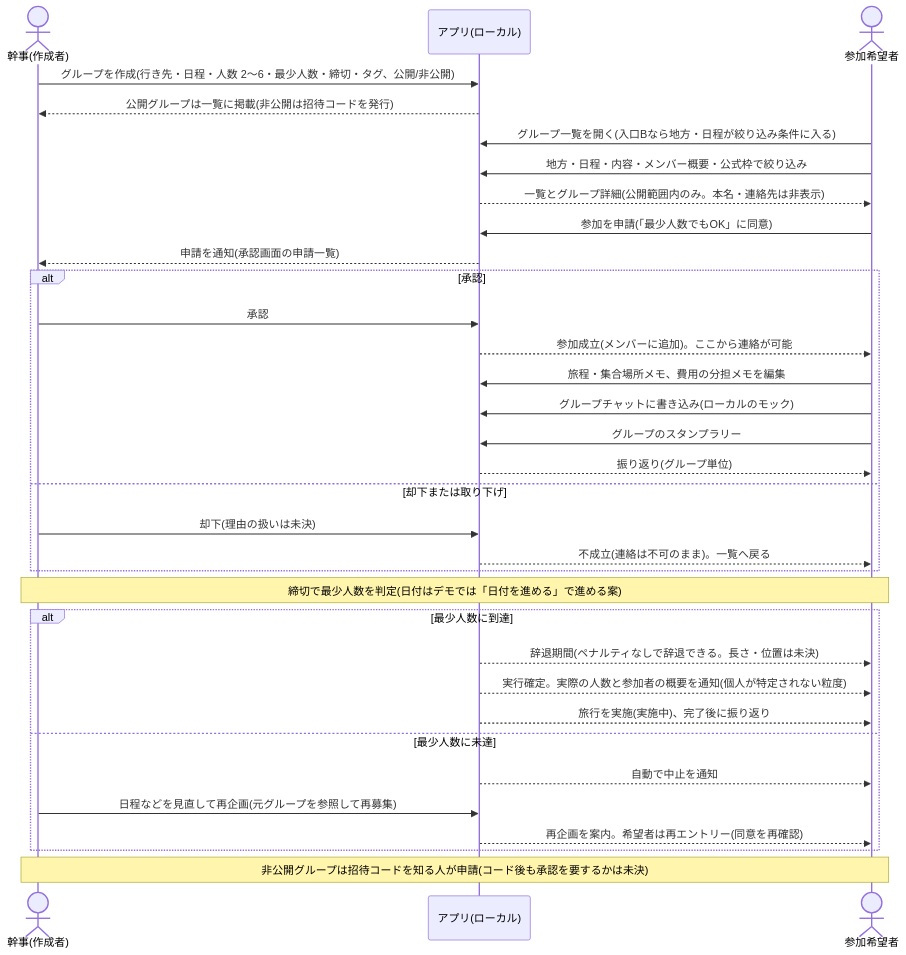
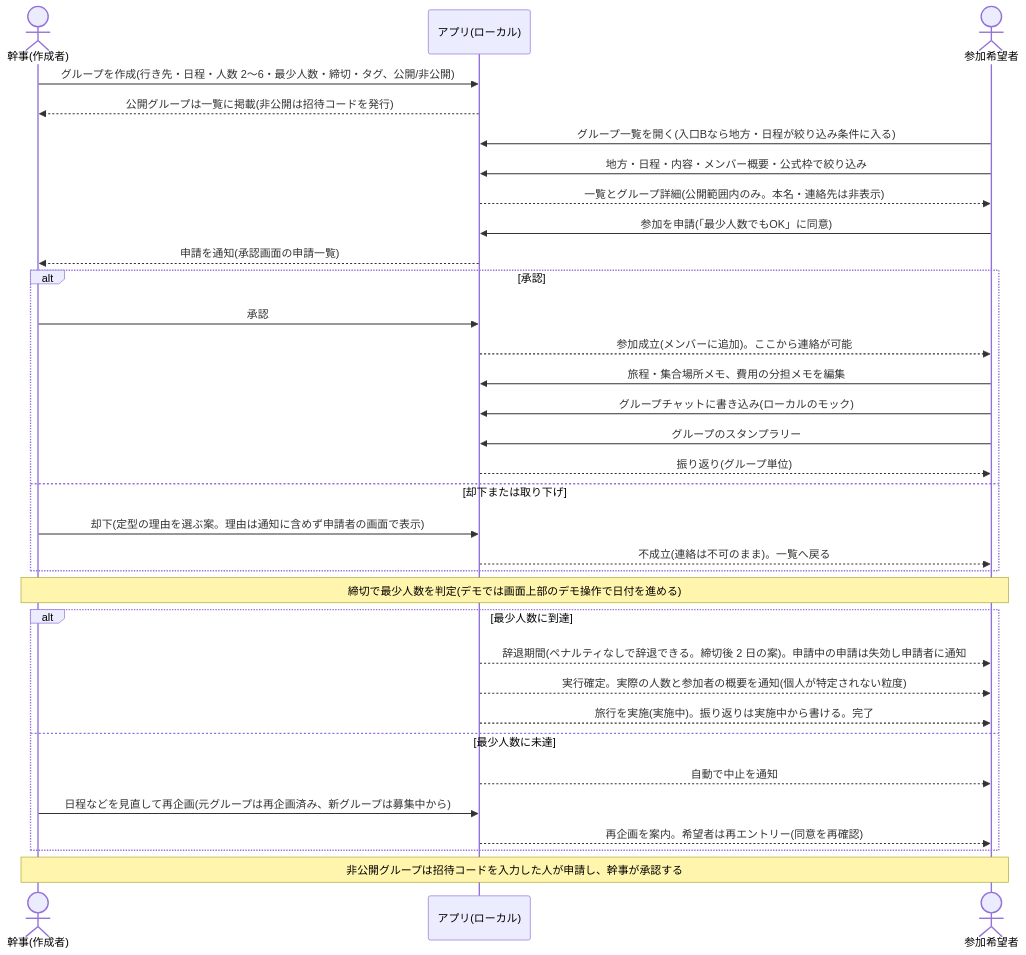
Before and after one commit to masahirosako1005/MC-006: the second of 2 diagrams in docs/design/01-overview.md, drawn with Mermaid. The commit also changed other lines of this file and 34 other files, not shown here.

````diff
--- a/docs/design/01-overview.md
+++ b/docs/design/01-overview.md
@@ -159,35 +188,35 @@
 ```mermaid
 sequenceDiagram
   actor K as 幹事(作成者)
   participant S as アプリ(ローカル)
   actor A as 参加希望者
   K->>S: グループを作成(行き先・日程・人数 2〜6・最少人数・締切・タグ、公開/非公開)
   S-->>K: 公開グループは一覧に掲載(非公開は招待コードを発行)
   A->>S: グループ一覧を開く(入口Bなら地方・日程が絞り込み条件に入る)
   A->>S: 地方・日程・内容・メンバー概要・公式枠で絞り込み
   S-->>A: 一覧とグループ詳細(公開範囲内のみ。本名・連絡先は非表示)
   A->>S: 参加を申請(「最少人数でもOK」に同意)
   S-->>K: 申請を通知(承認画面の申請一覧)
   alt 承認
     K->>S: 承認
     S-->>A: 参加成立(メンバーに追加)。ここから連絡が可能
     A->>S: 旅程・集合場所メモ、費用の分担メモを編集
     A->>S: グループチャットに書き込み(ローカルのモック)
     A->>S: グループのスタンプラリー
     S-->>A: 振り返り(グループ単位)
   else 却下または取り下げ
-    K->>S: 却下(理由の扱いは未決)
+    K->>S: 却下(定型の理由を選ぶ案。理由は通知に含めず申請者の画面で表示)
     S-->>A: 不成立(連絡は不可のまま)。一覧へ戻る
   end
-  Note over K,A: 締切で最少人数を判定(日付はデモでは「日付を進める」で進める案)
+  Note over K,A: 締切で最少人数を判定(デモでは画面上部のデモ操作で日付を進める)
   alt 最少人数に到達
-    S-->>A: 辞退期間(ペナルティなしで辞退できる。長さ・位置は未決)
+    S-->>A: 辞退期間(ペナルティなしで辞退できる。締切後 2 日の案)。申請中の申請は失効し申請者に通知
     S-->>A: 実行確定。実際の人数と参加者の概要を通知(個人が特定されない粒度)
-    S-->>A: 旅行を実施(実施中)、完了後に振り返り
+    S-->>A: 旅行を実施(実施中)。振り返りは実施中から書ける。完了
   else 最少人数に未達
     S-->>A: 自動で中止を通知
-    K->>S: 日程などを見直して再企画(元グループを参照して再募集)
+    K->>S: 日程などを見直して再企画(元グループは再企画済み、新グループは募集中から)
     S-->>A: 再企画を案内。希望者は再エントリー(同意を再確認)
   end
-  Note over K,A: 非公開グループは招待コードを知る人が申請(コード後も承認を要するかは未決)
+  Note over K,A: 非公開グループは招待コードを入力した人が申請し、幹事が承認する
 ```
````
